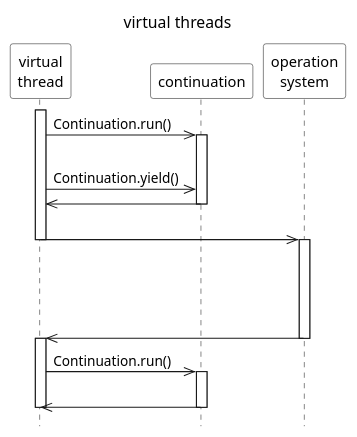
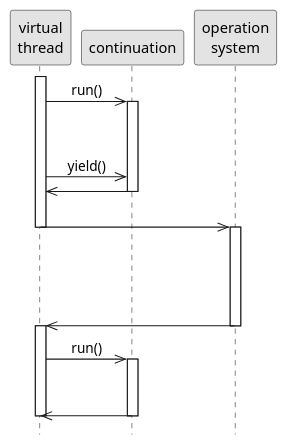
The diagram in images/virtual_threads_sequence_diagram.puml (ti-cortex-m4/demo-java-virtual-threads2), drawn with PlantUML before and after one commit.

```diff
--- a/images/virtual_threads_sequence_diagram.puml
+++ b/images/virtual_threads_sequence_diagram.puml
@@ -1,48 +1,52 @@
 @startuml
-
-title virtual threads
 
 scale 1.0
 hide footbox
 '!pragma teoz true
 
+'skinparam monochrome true
+'skinparam defaultFontName Source Sans Pro
+'skinparam titleFontSize 15
+'skinparam titleFontStyle normal
+'skinparam sequenceMessageAlign left
+'skinparam participantBackgroundColor #white
+'skinparam noteBackgroundColor #white
+'skinparam sequenceGroupBackgroundColor #white
+
 skinparam monochrome true
 skinparam defaultFontName Source Sans Pro
 skinparam titleFontSize 15
-skinparam titleFontStyle normal
-skinparam sequenceMessageAlign left
-skinparam participantBackgroundColor #white
-skinparam noteBackgroundColor #white
-skinparam sequenceGroupBackgroundColor #white
+skinparam sequenceMessageAlign center
 
 participant "virtual\nthread" as VirtualThread1
 participant "continuation" as CarrierThread
 participant "operation\nsystem" as Service
 
+'Note right of kernel: wait for data\nin at least one\ndescriptor
+
 activate VirtualThread1
-VirtualThread1->>CarrierThread : Continuation.run()
+VirtualThread1->>CarrierThread : run()
 activate CarrierThread
-||20||
-VirtualThread1->>CarrierThread : Continuation.yield()
+||40||
+VirtualThread1->>CarrierThread : yield()
 CarrierThread->>VirtualThread1
 deactivate CarrierThread
-
 ||20||
 VirtualThread1->>Service
 deactivate VirtualThread1
 activate Service
 
 ||80||
 
 Service->>VirtualThread1
 deactivate Service
 activate VirtualThread1
 
-VirtualThread1->>CarrierThread : Continuation.run()
+VirtualThread1->>CarrierThread : run()
 activate CarrierThread
-||20||
+||40||
 CarrierThread->>VirtualThread1
 deactivate CarrierThread
 deactivate VirtualThread1
 
 @enduml
```
